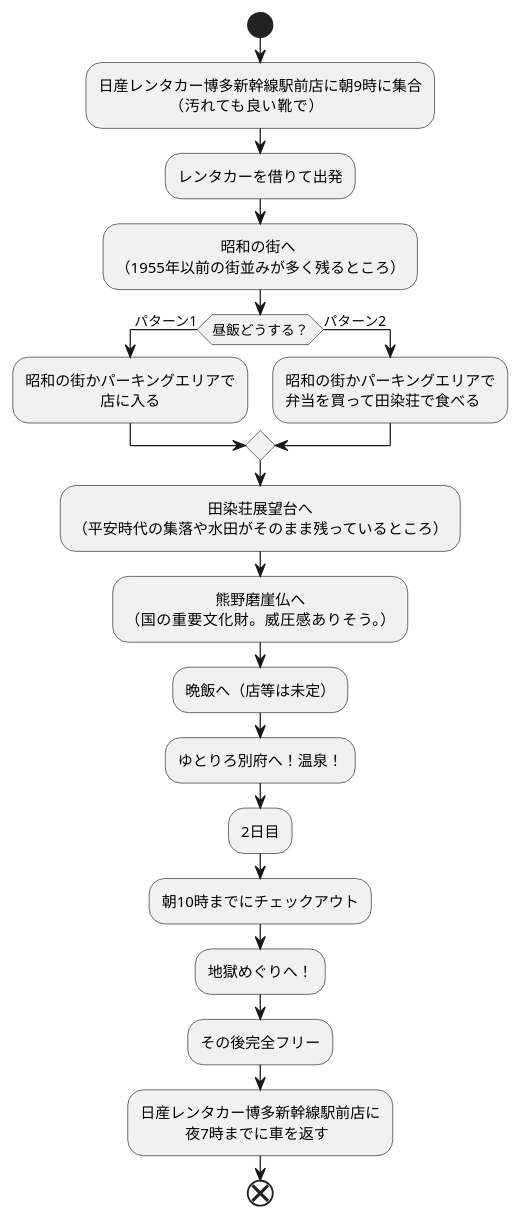
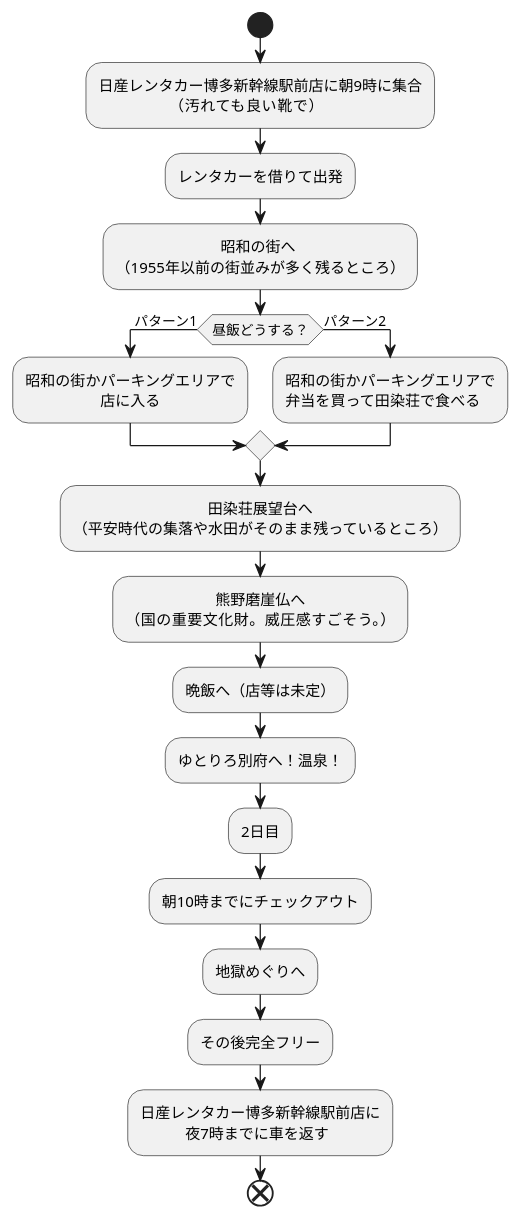
Before and after one commit to Aso2001369/2021sys-design: the diagram in trip/trip.md, drawn with PlantUML.

````diff
--- a/trip/trip.md
+++ b/trip/trip.md
@@ -1,32 +1,32 @@
 ```uml
 @startuml
 start
 
 :日産レンタカー博多新幹線駅前店に朝9時に集合
 　　　　　（汚れても良い靴で）;
 :レンタカーを借りて出発;
 :　　　　　　　昭和の街へ
 （1955年以前の街並みが多く残るところ）;
 if(昼飯どうする？)then(パターン1)
 :昭和の街かパーキングエリアで
 　　　　　店に入る;
 else(パターン2)
 :昭和の街かパーキングエリアで
 弁当を買って田染荘で食べる;
 endif
 :　　　　　　　　　田染荘展望台へ
 （平安時代の集落や水田がそのまま残っているところ）;
 :　　　　　　熊野磨崖仏へ
-（国の重要文化財。威圧感ありそう。）;
+（国の重要文化財。威圧感すごそう。）;
 :晩飯へ（店等は未定）;
 :ゆとりろ別府へ！温泉！;
 :2日目;
 :朝10時までにチェックアウト;
-:地獄めぐりへ！;
+:地獄めぐりへ;
 :その後完全フリー;
 :日産レンタカー博多新幹線駅前店に
 　　　夜7時までに車を返す;
 
 end
 @enduml
 ```
````
